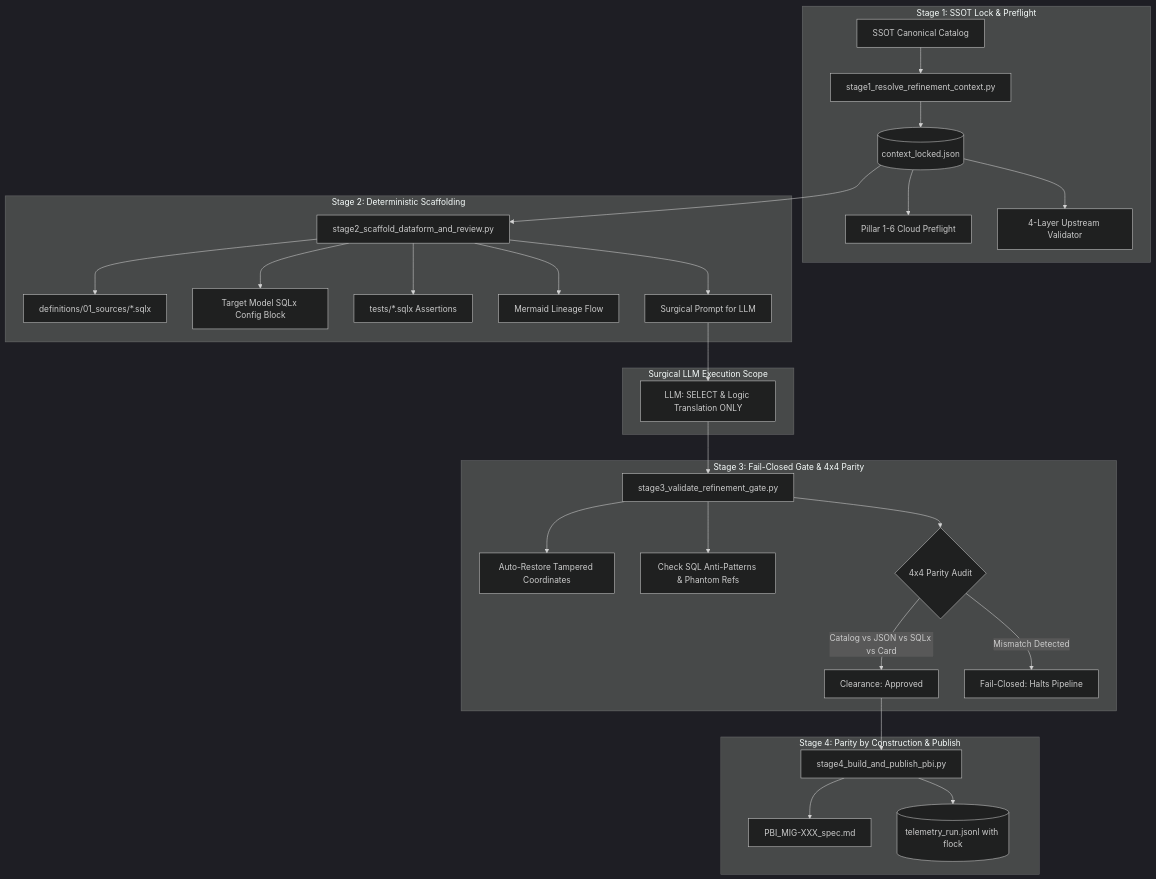
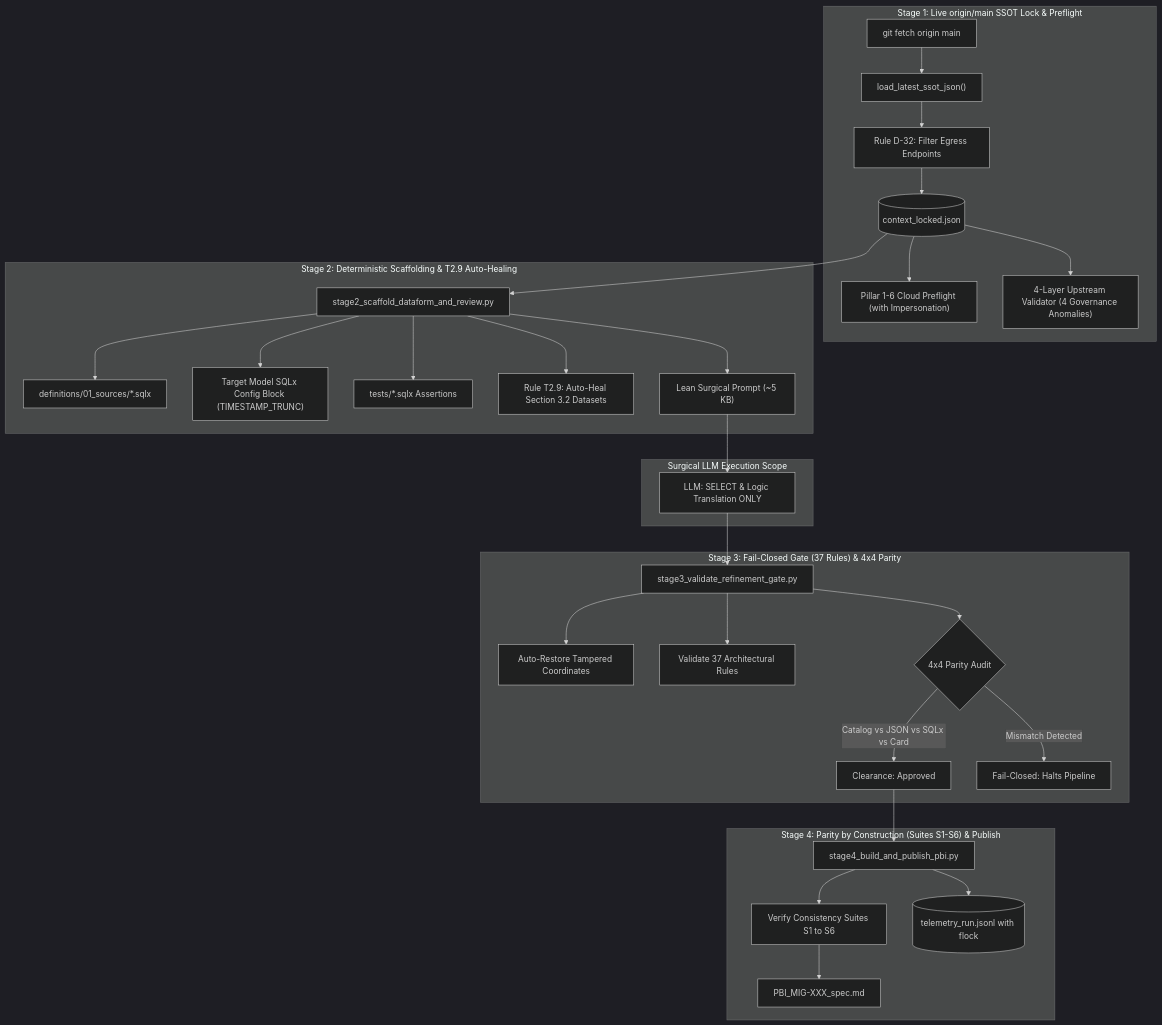
The diagram in skills/migration-spec-refiner/SKILL.md (mvsimao/agent-skills), drawn with Mermaid (dark theme) before and after one commit. The commit also changed other lines of this file and 17 other files, not shown here.

First line of the commit message:
feat(skills): upgrade agent skills with SA impersonation, 37-rule gate, and 14-pipeline benchmarks

````diff
--- a/skills/migration-spec-refiner/SKILL.md
+++ b/skills/migration-spec-refiner/SKILL.md
@@ -13,37 +13,39 @@
 ```mermaid
 flowchart TD
-    subgraph Stage1["Stage 1: SSOT Lock & Preflight"]
-        CAT["SSOT Canonical Catalog"] --> LK["stage1_resolve_refinement_context.py"]
-        LK --> CTX[("context_locked.json")]
-        CTX --> INFRA["Pillar 1-6 Cloud Preflight"]
-        CTX --> LIN["4-Layer Upstream Validator"]
+    subgraph Stage1["Stage 1: Live origin/main SSOT Lock & Preflight"]
+        FETCH["git fetch origin main"] --> SSOT["load_latest_ssot_json()"]
+        SSOT --> D32["Rule D-32: Filter Egress Endpoints"]
+        D32 --> CTX[("context_locked.json")]
+        CTX --> INFRA["Pillar 1-6 Cloud Preflight (with Impersonation)"]
+        CTX --> LIN["4-Layer Upstream Validator (4 Governance Anomalies)"]
     end
 
-    subgraph Stage2["Stage 2: Deterministic Scaffolding"]
+    subgraph Stage2["Stage 2: Deterministic Scaffolding & T2.9 Auto-Healing"]
         CTX --> SCF["stage2_scaffold_dataform_and_review.py"]
         SCF --> SRC["definitions/01_sources/*.sqlx"]
-        SCF --> CFG["Target Model SQLx Config Block"]
+        SCF --> CFG["Target Model SQLx Config Block (TIMESTAMP_TRUNC)"]
         SCF --> TST["tests/*.sqlx Assertions"]
-        SCF --> MER["Mermaid Lineage Flow"]
-        SCF --> PRM["Surgical Prompt for LLM"]
+        SCF --> T29["Rule T2.9: Auto-Heal Section 3.2 Datasets"]
+        SCF --> PRM["Lean Surgical Prompt (~5 KB)"]
     end
 
     subgraph LLM_Scope["Surgical LLM Execution Scope"]
         PRM --> LLM["LLM: SELECT & Logic Translation ONLY"]
     end
 
-    subgraph Stage3["Stage 3: Fail-Closed Gate & 4x4 Parity"]
+    subgraph Stage3["Stage 3: Fail-Closed Gate (37 Rules) & 4x4 Parity"]
         LLM --> GT["stage3_validate_refinement_gate.py"]
         GT --> RESTORE["Auto-Restore Tampered Coordinates"]
-        GT --> RULES["Check SQL Anti-Patterns & Phantom Refs"]
+        GT --> R37["Validate 37 Architectural Rules"]
         GT --> P4X4{"4x4 Parity Audit"}
         P4X4 -->|Catalog vs JSON vs SQLx vs Card| PASS_GATE["Clearance: Approved"]
         P4X4 -->|Mismatch Detected| BLOCK_GATE["Fail-Closed: Halts Pipeline"]
     end
 
-    subgraph Stage4["Stage 4: Parity by Construction & Publish"]
+    subgraph Stage4["Stage 4: Parity by Construction (Suites S1-S6) & Publish"]
         PASS_GATE --> PUB["stage4_build_and_publish_pbi.py"]
-        PUB --> PBI["PBI_MIG-XXX_spec.md"]
+        PUB --> S1S6["Verify Consistency Suites S1 to S6"]
+        S1S6 --> PBI["PBI_MIG-XXX_spec.md"]
         PUB --> TLM[("telemetry_run.jsonl with flock")]
     end
 ```
````
